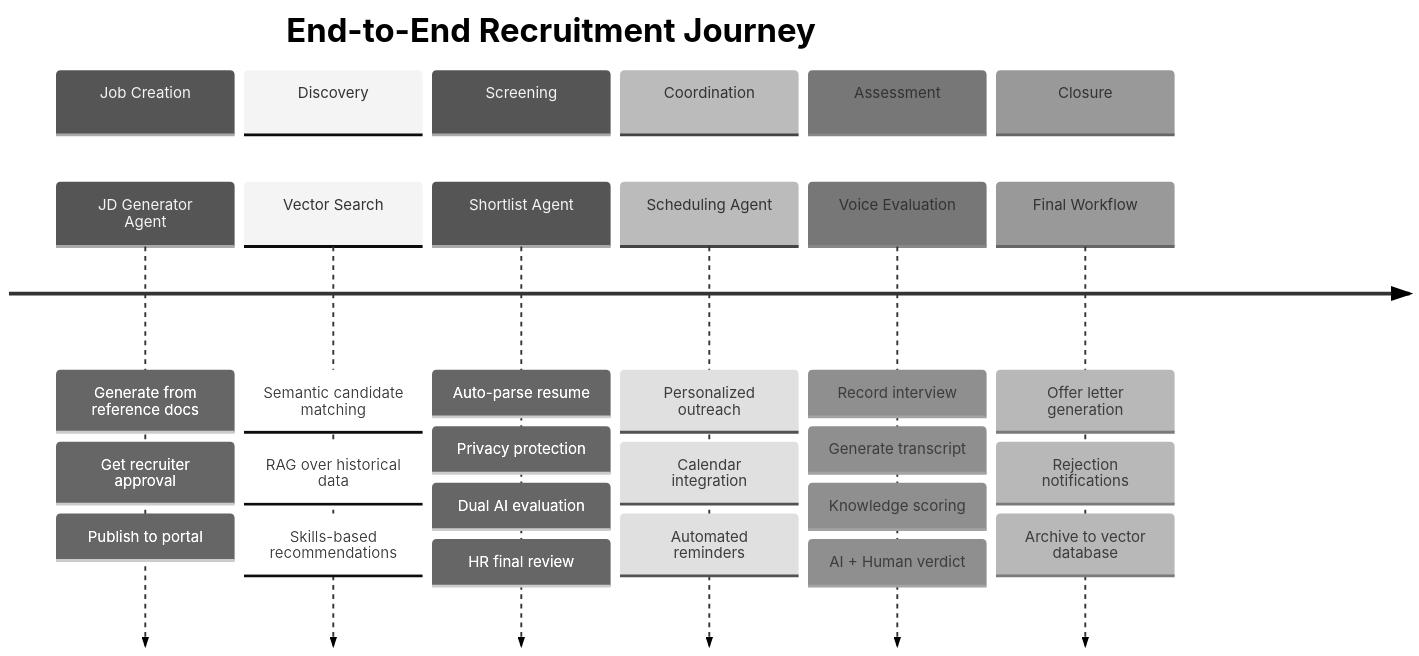
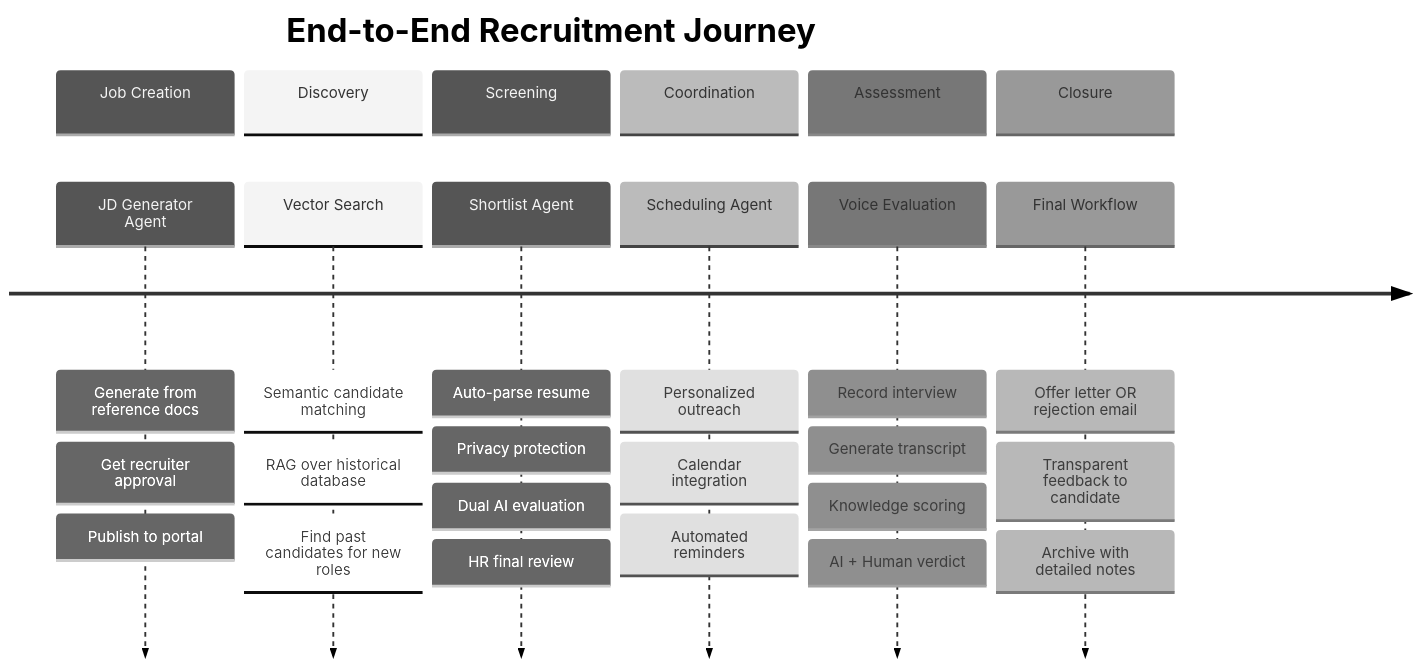
One commit to devrahulbanjara/Rojgar-AI changed the third of 7 diagrams in README.md. Above: the diagram before and after it, drawn with Mermaid. The commit also changed other lines of this file, not shown here.

````diff
--- a/README.md
+++ b/README.md
@@ -100,31 +108,31 @@
 ```mermaid
 %%{init: {'theme': 'neutral'}}%%
 timeline
     title End-to-End Recruitment Journey
     section Job Creation
         JD Generator Agent : Generate from reference docs
                            : Get recruiter approval
                            : Publish to portal
     section Discovery
         Vector Search : Semantic candidate matching
-                     : RAG over historical data
-                     : Skills-based recommendations
+                     : RAG over historical database
+                     : Find past candidates for new roles
     section Screening
         Shortlist Agent : Auto-parse resume
                        : Privacy protection
                        : Dual AI evaluation
                        : HR final review
     section Coordination
         Scheduling Agent : Personalized outreach
                         : Calendar integration
                         : Automated reminders
     section Assessment
         Voice Evaluation : Record interview
                         : Generate transcript
                         : Knowledge scoring
                         : AI + Human verdict
     section Closure
-        Final Workflow : Offer letter generation
-                      : Rejection notifications
-                      : Archive to vector database
+        Final Workflow : Offer letter OR rejection email
+                      : Transparent feedback to candidate
+                      : Archive with detailed notes
 ```
````
